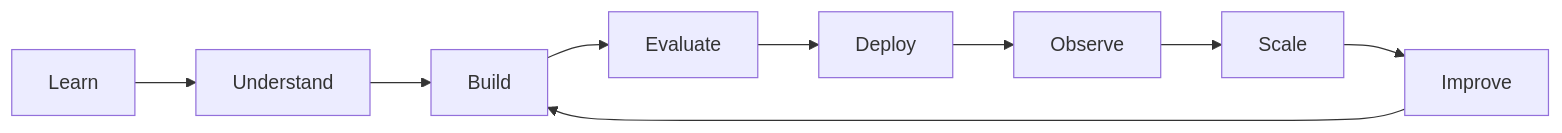
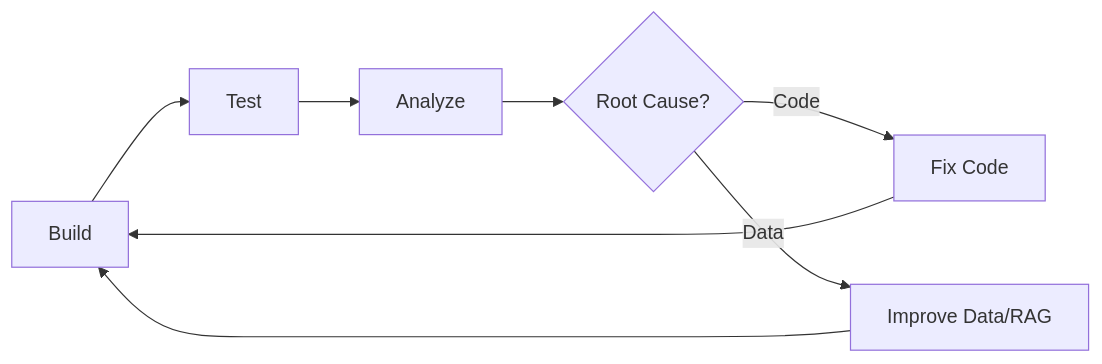
The second of 2 diagrams in README.md (lalitdotdev/The-AI-Systems-Engineer-Handbook), drawn with Mermaid before and after one commit. The commit also changed other lines of this file, not shown here.

````diff
--- a/README.md
+++ b/README.md
@@ -1528,27 +924,10 @@
 ```mermaid
 flowchart LR
-
-    LEARN[Learn]
-    --> UNDERSTAND[Understand]
-
-    UNDERSTAND
-    --> BUILD[Build]
-
-    BUILD
-    --> EVALUATE[Evaluate]
-
-    EVALUATE
-    --> DEPLOY[Deploy]
-
-    DEPLOY
-    --> OBSERVE[Observe]
-
-    OBSERVE
-    --> SCALE[Scale]
-
-    SCALE
-    --> IMPROVE[Improve]
-
-    IMPROVE
-    --> BUILD
+    A[Build] --> B[Test]
+    B --> C[Analyze]
+    C --> D{Root Cause?}
+    D -- "Code" --> E[Fix Code]
+    D -- "Data" --> F[Improve Data/RAG]
+    E --> A
+    F --> A
 ```
````
